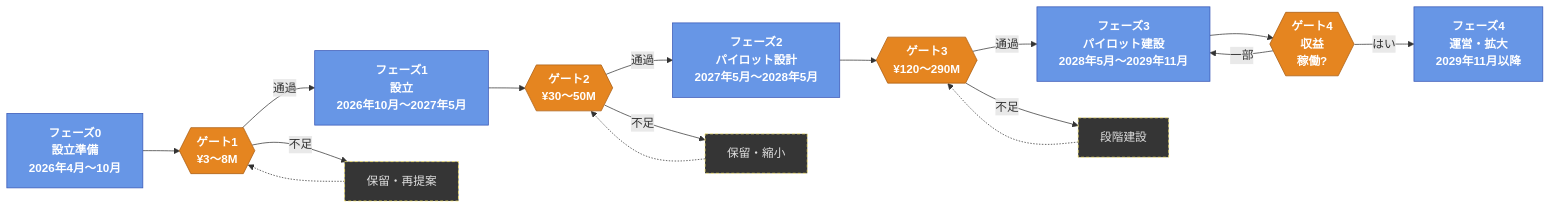
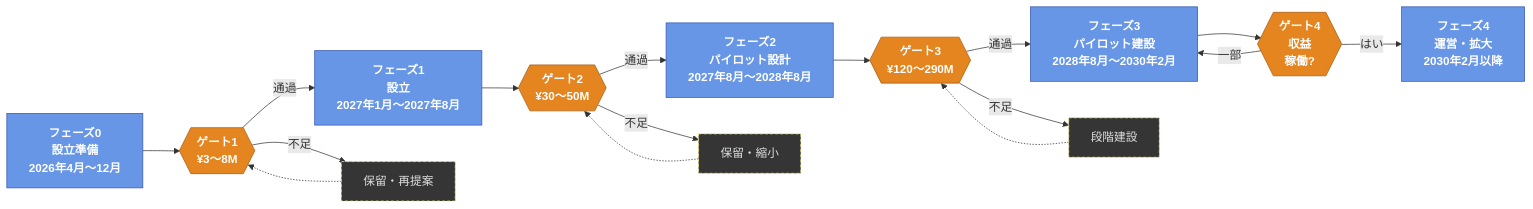
The diagram in README_jp.md (robouden/mitsue-ai-data-center), drawn with Mermaid before and after one commit. The commit also changed other lines of this file and 6 other files, not shown here.

````diff
--- a/README_jp.md
+++ b/README_jp.md
@@ -75,38 +75,38 @@
 ```mermaid
 flowchart LR
-    P0["フェーズ0<br/>設立準備<br/>2026年4月〜10月"]
-    P1["フェーズ1<br/>設立<br/>2026年10月〜2027年5月"]
-    P2["フェーズ2<br/>パイロット設計<br/>2027年5月〜2028年5月"]
-    P3["フェーズ3<br/>パイロット建設<br/>2028年5月〜2029年11月"]
-    P4["フェーズ4<br/>運営・拡大<br/>2029年11月以降"]
+    P0["フェーズ0<br/>設立準備<br/>2026年4月〜12月"]
+    P1["フェーズ1<br/>設立<br/>2027年1月〜2027年8月"]
+    P2["フェーズ2<br/>パイロット設計<br/>2027年8月〜2028年8月"]
+    P3["フェーズ3<br/>パイロット建設<br/>2028年8月〜2030年2月"]
+    P4["フェーズ4<br/>運営・拡大<br/>2030年2月以降"]
 
     G1{{"ゲート1<br/>¥3〜8M"}}
     G2{{"ゲート2<br/>¥30〜50M"}}
     G3{{"ゲート3<br/>¥120〜290M"}}
     G4{{"ゲート4<br/>収益<br/>稼働?"}}
 
     H1["保留・再提案"]
     H2["保留・縮小"]
     H3["段階建設"]
 
     P0 --> G1
     G1 -->|通過| P1
     P1 --> G2
     G2 -->|通過| P2
     P2 --> G3
     G3 -->|通過| P3
     P3 --> G4
     G4 -->|はい| P4
 
     G1 -->|不足| H1 -.-> G1
     G2 -->|不足| H2 -.-> G2
     G3 -->|不足| H3 -.-> G3
     G4 -->|一部| P3
 
     classDef phase fill:#6796e6,stroke:#3655b5,stroke-width:1px,color:#FFFFFF,font-weight:bold
     classDef gate  fill:#e58520,stroke:#A85C10,stroke-width:1px,color:#FFFFFF,font-weight:bold
     classDef hold  fill:#353535,stroke:#FCEB6C,stroke-width:1px,color:#DEDEDE,stroke-dasharray:4 3
     class P0,P1,P2,P3,P4 phase
     class G1,G2,G3,G4 gate
     class H1,H2,H3 hold
 ```
````
